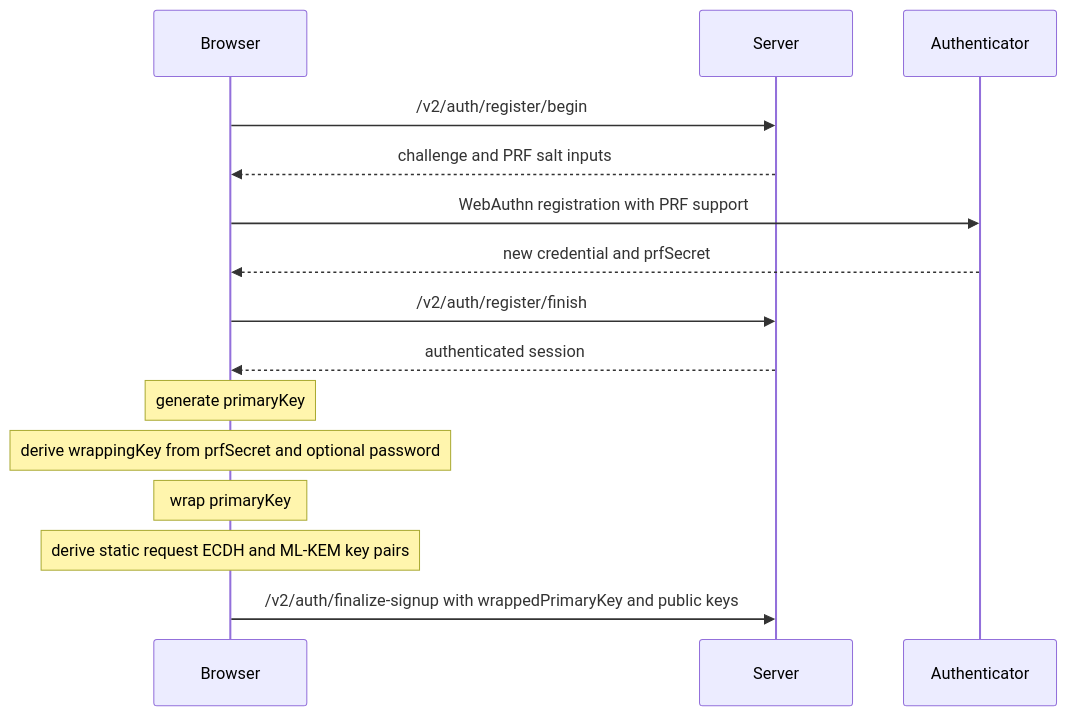
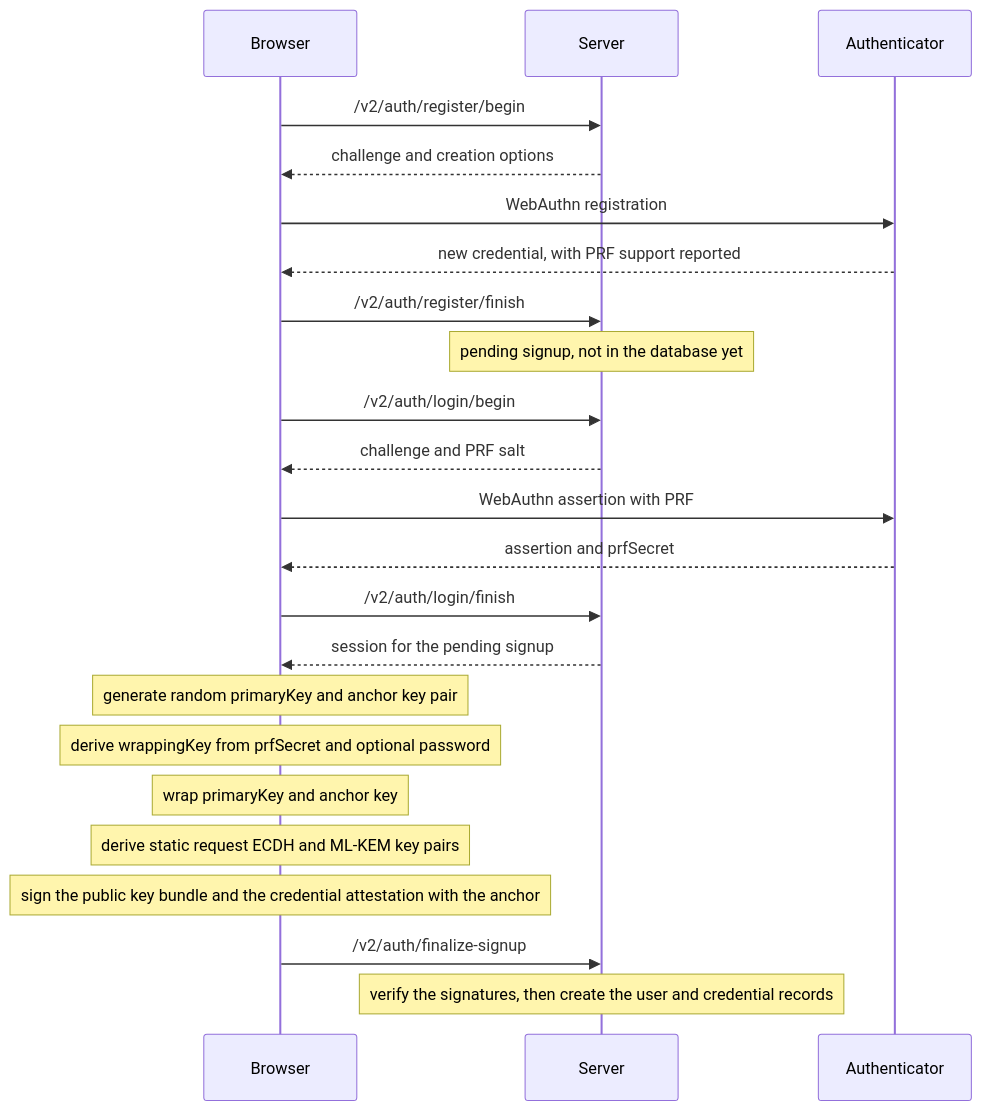
One commit to ItalyPaleAle/revaulter changed the fourth of 9 diagrams in docs/content/docs/crypto-architecture.md. Above: the diagram before and after it, drawn with Mermaid. The commit also changed other lines of this file, not shown here.

First line of the commit message:
Update crypto-architecture

````diff
--- a/docs/content/docs/crypto-architecture.md
+++ b/docs/content/docs/crypto-architecture.md
@@ -280,18 +332,26 @@
 ```mermaid
 sequenceDiagram
     participant B as Browser
     participant S as Server
     participant A as Authenticator
 
     B->>S: /v2/auth/register/begin
-    S-->>B: challenge and PRF salt inputs
-    B->>A: WebAuthn registration with PRF support
-    A-->>B: new credential and prfSecret
+    S-->>B: challenge and creation options
+    B->>A: WebAuthn registration
+    A-->>B: new credential, with PRF support reported
     B->>S: /v2/auth/register/finish
-    S-->>B: authenticated session
-    Note over B: generate primaryKey
+    Note over S: pending signup, not in the database yet
+    B->>S: /v2/auth/login/begin
+    S-->>B: challenge and PRF salt
+    B->>A: WebAuthn assertion with PRF
+    A-->>B: assertion and prfSecret
+    B->>S: /v2/auth/login/finish
+    S-->>B: session for the pending signup
+    Note over B: generate random primaryKey and anchor key pair
     Note over B: derive wrappingKey from prfSecret and optional password
-    Note over B: wrap primaryKey
+    Note over B: wrap primaryKey and anchor key
     Note over B: derive static request ECDH and ML-KEM key pairs
-    B->>S: /v2/auth/finalize-signup with wrappedPrimaryKey and public keys
+    Note over B: sign the public key bundle and the credential attestation with the anchor
+    B->>S: /v2/auth/finalize-signup
+    Note over S: verify the signatures, then create the user and credential records
 ```
````
